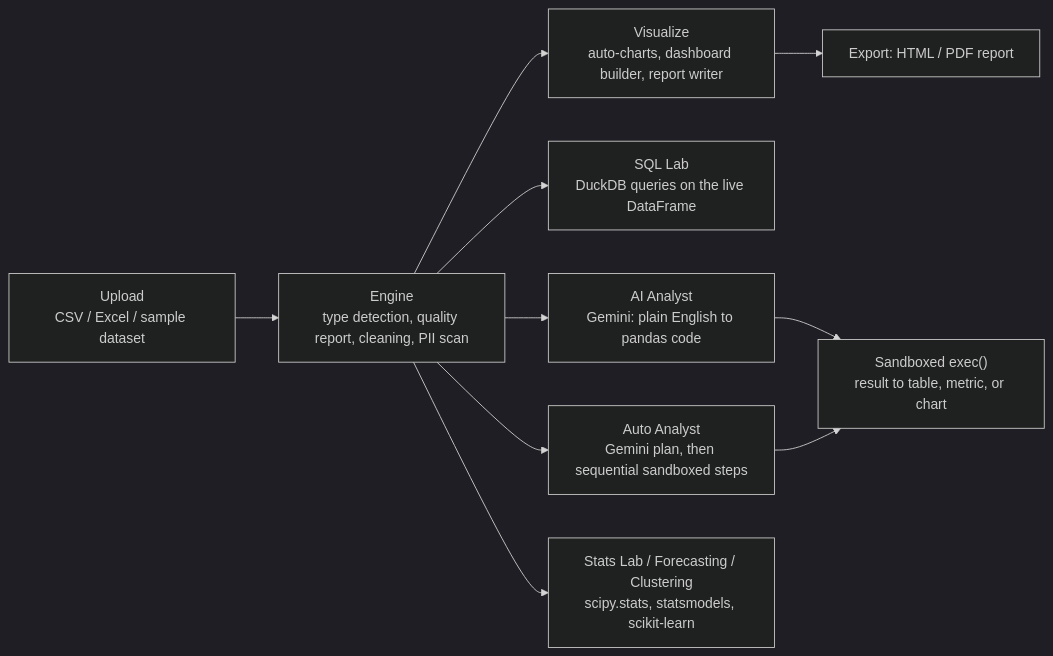
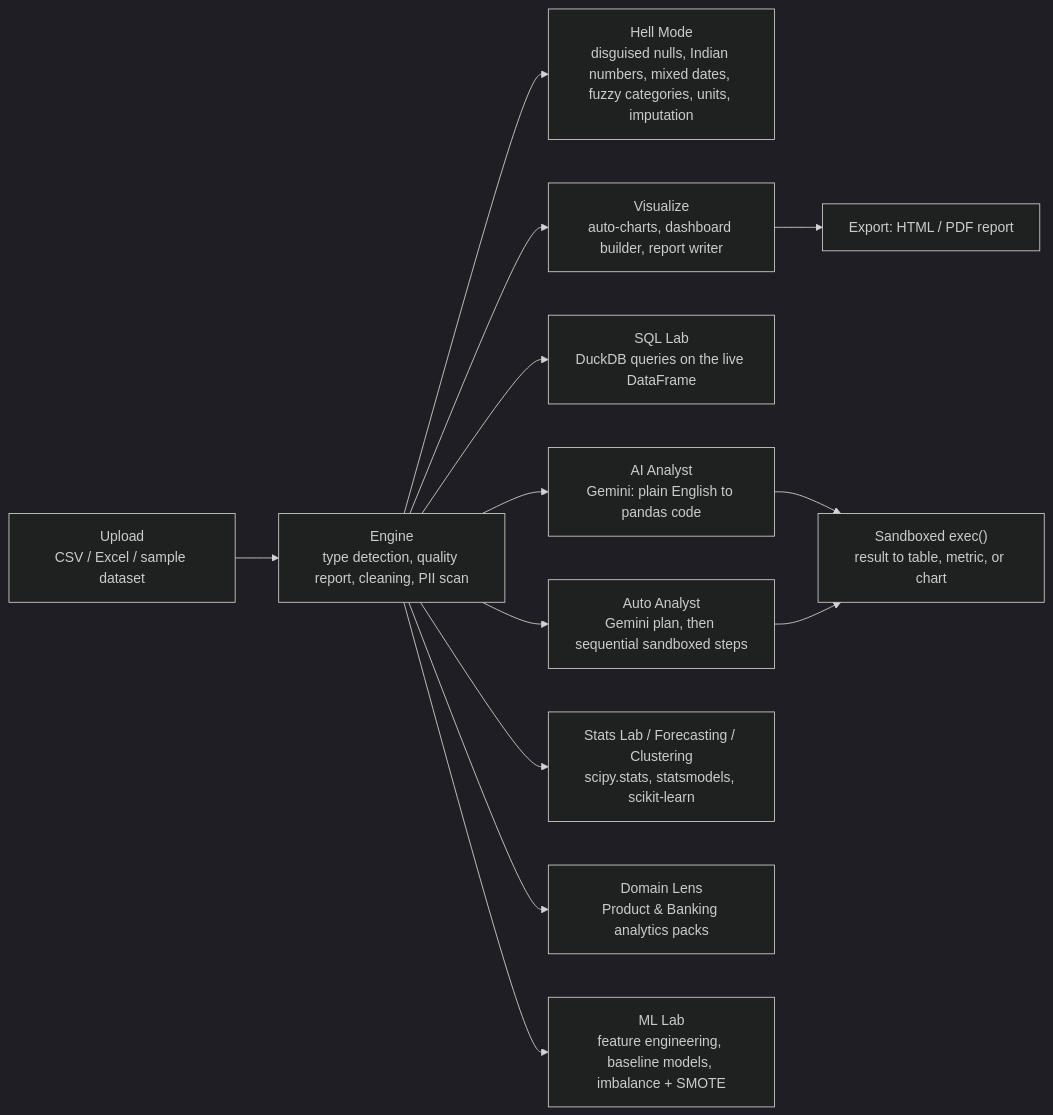
Before and after one commit to anonymousnotavailable/prism: the diagram in README.md, drawn with Mermaid (dark theme). The commit also changed other lines of this file and 17 other files, not shown here.

````diff
--- a/README.md
+++ b/README.md
@@ -169,12 +245,15 @@
 ```mermaid
 flowchart LR
     Upload["Upload<br/>CSV / Excel / sample dataset"] --> Engine["Engine<br/>type detection, quality report, cleaning, PII scan"]
+    Engine --> HellMode["Hell Mode<br/>disguised nulls, Indian numbers, mixed dates, fuzzy categories, units, imputation"]
     Engine --> Visualize["Visualize<br/>auto-charts, dashboard builder, report writer"]
     Engine --> SQLLab["SQL Lab<br/>DuckDB queries on the live DataFrame"]
     Engine --> AIAnalyst["AI Analyst<br/>Gemini: plain English to pandas code"]
     Engine --> AutoAnalyst["Auto Analyst<br/>Gemini plan, then sequential sandboxed steps"]
     Engine --> StatsForecastCluster["Stats Lab / Forecasting / Clustering<br/>scipy.stats, statsmodels, scikit-learn"]
+    Engine --> DomainLens["Domain Lens<br/>Product & Banking analytics packs"]
+    Engine --> MLLab["ML Lab<br/>feature engineering, baseline models, imbalance + SMOTE"]
     AIAnalyst --> Sandbox["Sandboxed exec()<br/>result to table, metric, or chart"]
     AutoAnalyst --> Sandbox
     Visualize --> Report["Export: HTML / PDF report"]
 ```
````
